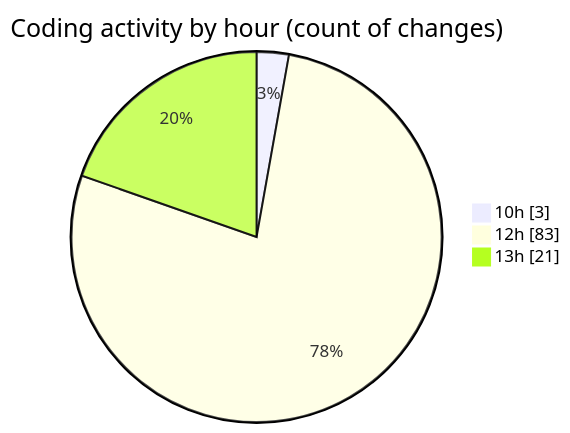
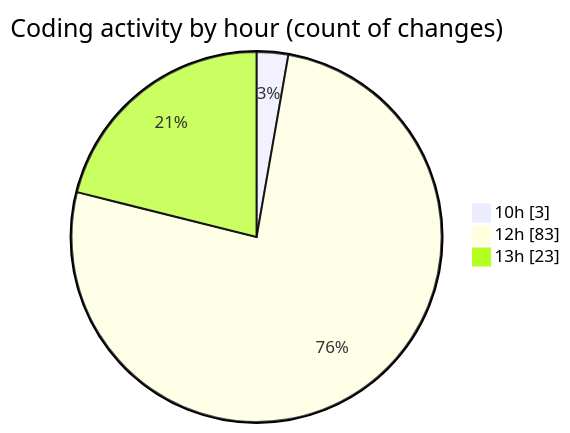
The second of 2 diagrams in 2025-05-27/nxtqube_webapp/README.md (nxtqubesakshisongat/code-tracking), drawn with Mermaid before and after one commit. The commit also changed other lines of this file and 1 other file, not shown here.

````diff
--- a/2025-05-27/nxtqube_webapp/README.md
+++ b/2025-05-27/nxtqube_webapp/README.md
@@ -31,7 +31,7 @@
 ```mermaid
 pie showData
 title Coding activity by hour (count of changes)
 "10h" : 3
 "12h" : 83
-"13h" : 21
+"13h" : 23
 ```
````
